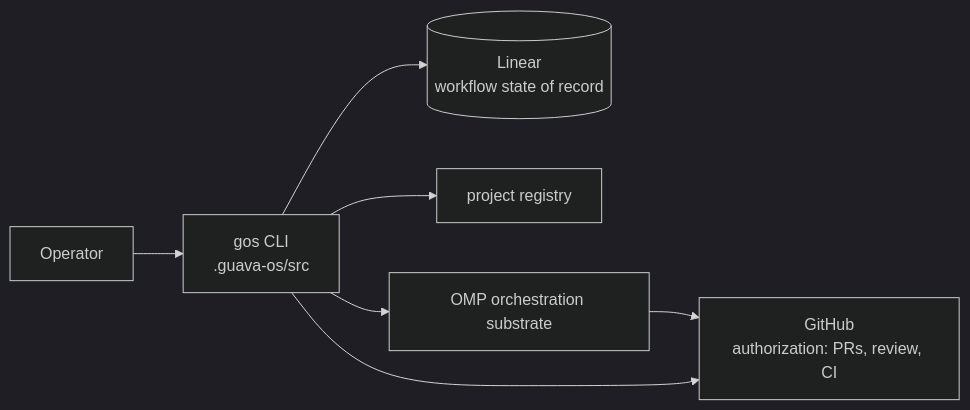
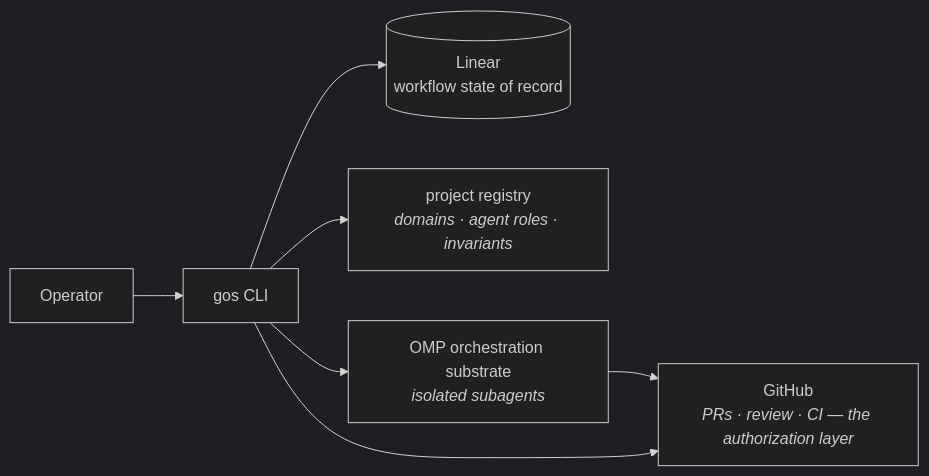
One commit to Sebastian-O-Rodriguez/guava-os changed the second of 2 diagrams in README.md. Above: the diagram before and after it, drawn with Mermaid (dark theme). The commit also changed other lines of this file and 10 other files, not shown here.

````diff
--- a/README.md
+++ b/README.md
@@ -14,9 +48,9 @@
 ```mermaid
 flowchart LR
-    OP[Operator] --> CLI[gos CLI<br/>.guava-os/src]
-    CLI --> LINEAR[(Linear<br/>workflow state of record)]
-    CLI --> REG[project registry]
-    CLI --> OMP[OMP orchestration substrate]
-    OMP --> GH[GitHub<br/>authorization: PRs, review, CI]
+    OP[Operator] --> CLI["gos CLI"]
+    CLI --> LIN[(Linear<br/>workflow state of record)]
+    CLI --> REG["project registry<br/><i>domains · agent roles · invariants</i>"]
+    CLI --> OMP["OMP orchestration substrate<br/><i>isolated subagents</i>"]
+    OMP --> GH[GitHub<br/><i>PRs · review · CI — the authorization layer</i>]
     CLI --> GH
 ```
````
